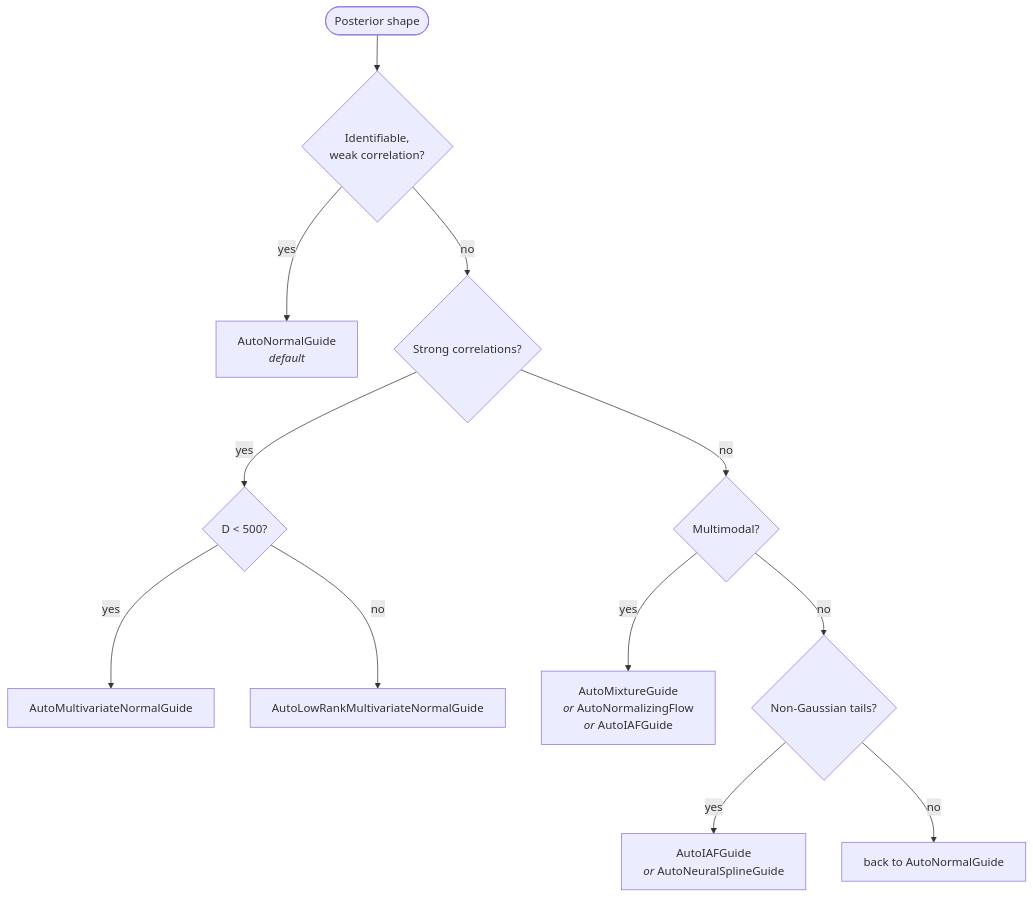
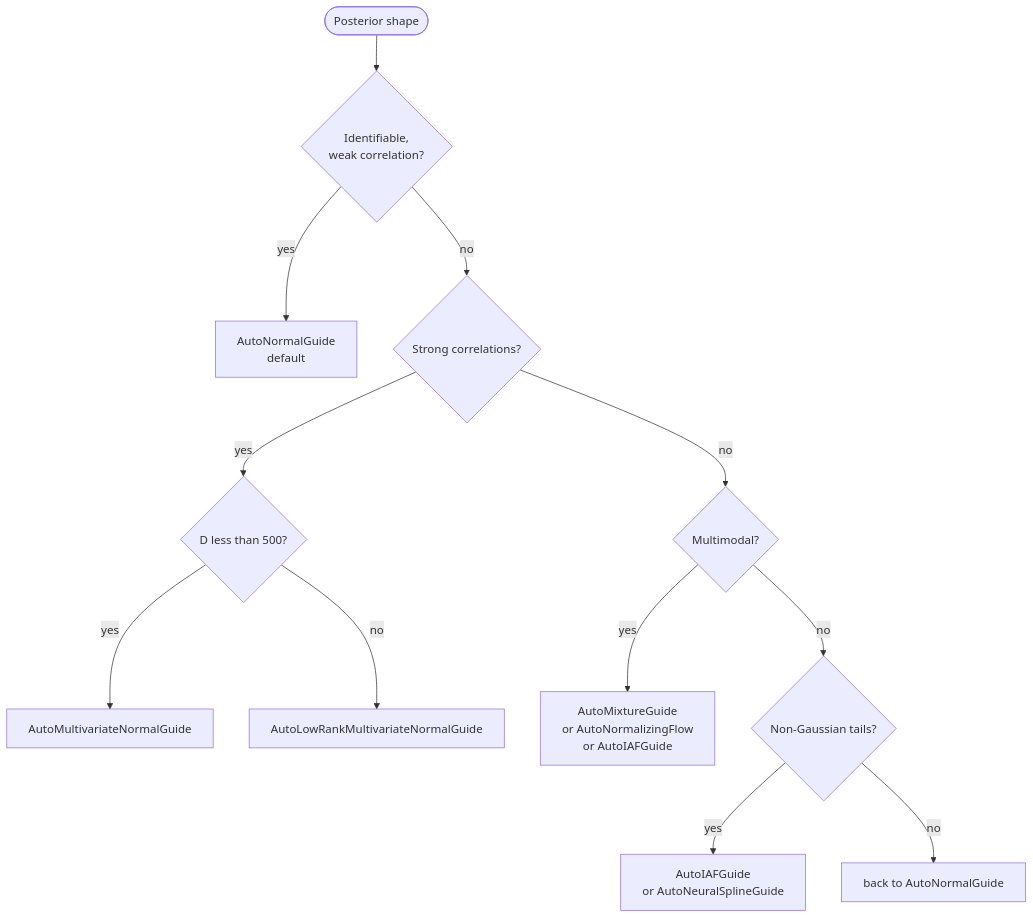
Before and after one commit to FACTSlab/quivers: the diagram in docs/tutorials/qvr/06-inference-zoo.md, drawn with Mermaid. The commit also changed other lines of this file and 45 other files, not shown here.

````diff
--- a/docs/tutorials/qvr/06-inference-zoo.md
+++ b/docs/tutorials/qvr/06-inference-zoo.md
@@ -22,14 +22,14 @@
 ```mermaid
 flowchart TD
-    start([Posterior shape]) --> id{Identifiable,<br/>weak correlation?}
-    id -- yes --> normal[AutoNormalGuide<br/><i>default</i>]
-    id -- no  --> corr{Strong correlations?}
-    corr -- yes --> dim{D &lt; 500?}
-    dim -- yes --> mvn[AutoMultivariateNormalGuide]
-    dim -- no  --> lr[AutoLowRankMultivariateNormalGuide]
-    corr -- no  --> multi{Multimodal?}
-    multi -- yes --> mix[AutoMixtureGuide<br/><i>or</i> AutoNormalizingFlow<br/><i>or</i> AutoIAFGuide]
-    multi -- no  --> tails{Non-Gaussian tails?}
-    tails -- yes --> flow[AutoIAFGuide<br/><i>or</i> AutoNeuralSplineGuide]
-    tails -- no  --> normal2[back to AutoNormalGuide]
+    start(["Posterior shape"]) --> id{"Identifiable,<br/>weak correlation?"}
+    id -- yes --> normal["AutoNormalGuide<br/>default"]
+    id -- no  --> corr{"Strong correlations?"}
+    corr -- yes --> dim{"D less than 500?"}
+    dim -- yes --> mvn["AutoMultivariateNormalGuide"]
+    dim -- no  --> lr["AutoLowRankMultivariateNormalGuide"]
+    corr -- no  --> multi{"Multimodal?"}
+    multi -- yes --> mix["AutoMixtureGuide<br/>or AutoNormalizingFlow<br/>or AutoIAFGuide"]
+    multi -- no  --> tails{"Non-Gaussian tails?"}
+    tails -- yes --> flow["AutoIAFGuide<br/>or AutoNeuralSplineGuide"]
+    tails -- no  --> normal2["back to AutoNormalGuide"]
 ```
````
